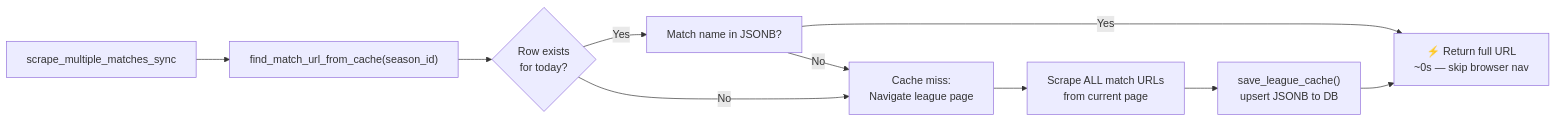
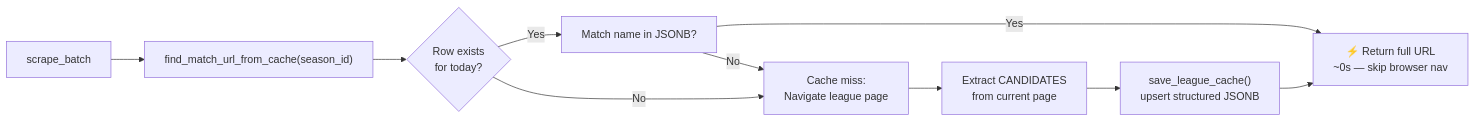
One commit to GadielRP/scraping_with_api changed the third of 5 diagrams in oddsportal_scraping.md. Above: the diagram before and after it, drawn with Mermaid. The commit also changed other lines of this file and 3 other files, not shown here.

````diff
--- a/oddsportal_scraping.md
+++ b/oddsportal_scraping.md
@@ -188,12 +190,12 @@
 ```mermaid
 flowchart LR
-    A["scrape_multiple_matches_sync"] --> B["find_match_url_from_cache(season_id)"]
+    A["scrape_batch"] --> B["find_match_url_from_cache(season_id)"]
     B --> C{"Row exists\nfor today?"}
     C -- Yes --> D["Match name in JSONB?"]
     D -- Yes --> E["⚡ Return full URL\n~0s — skip browser nav"]
     D -- No --> F["Cache miss:\nNavigate league page"]
     C -- No --> F
-    F --> G["Scrape ALL match URLs\nfrom current page"]
-    G --> H["save_league_cache()\nupsert JSONB to DB"]
+    F --> G["Extract CANDIDATES\nfrom current page"]
+    G --> H["save_league_cache()\nupsert structured JSONB"]
     H --> E
 ```
````
